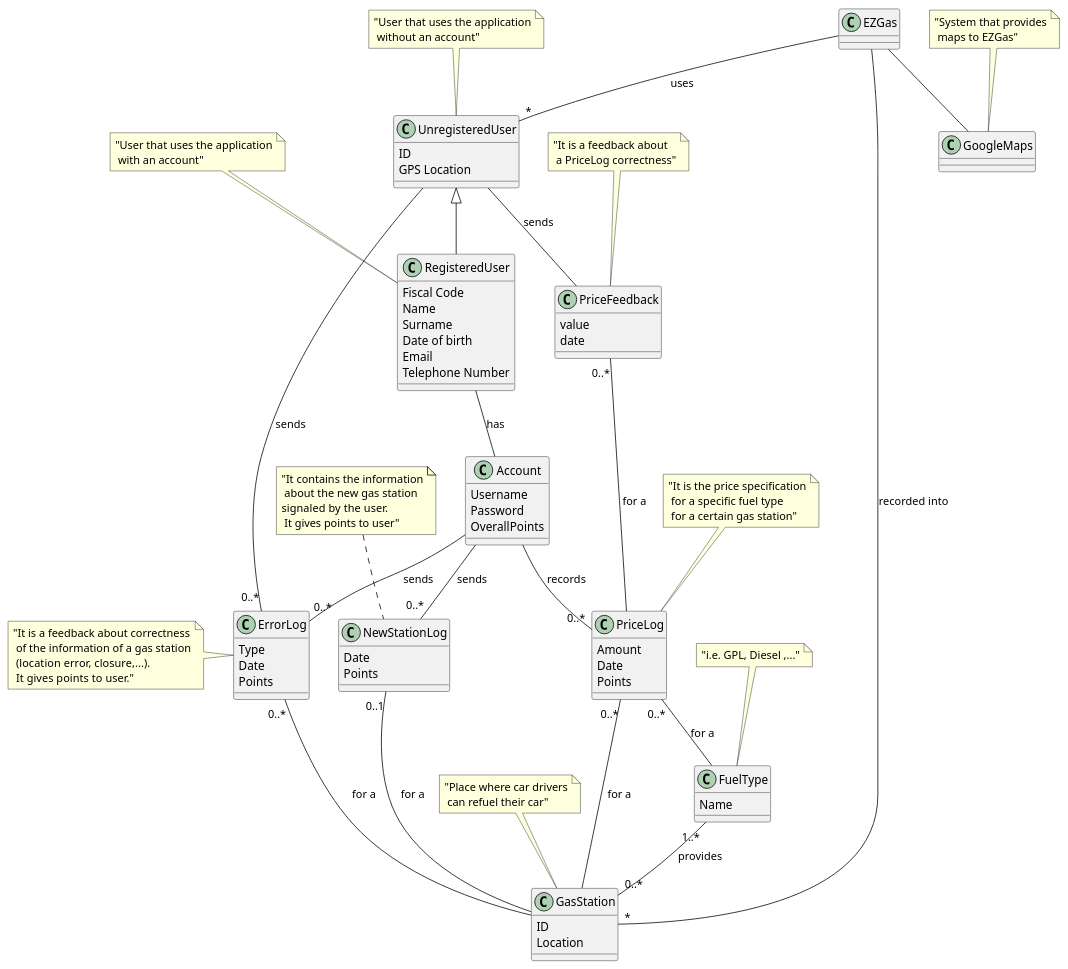
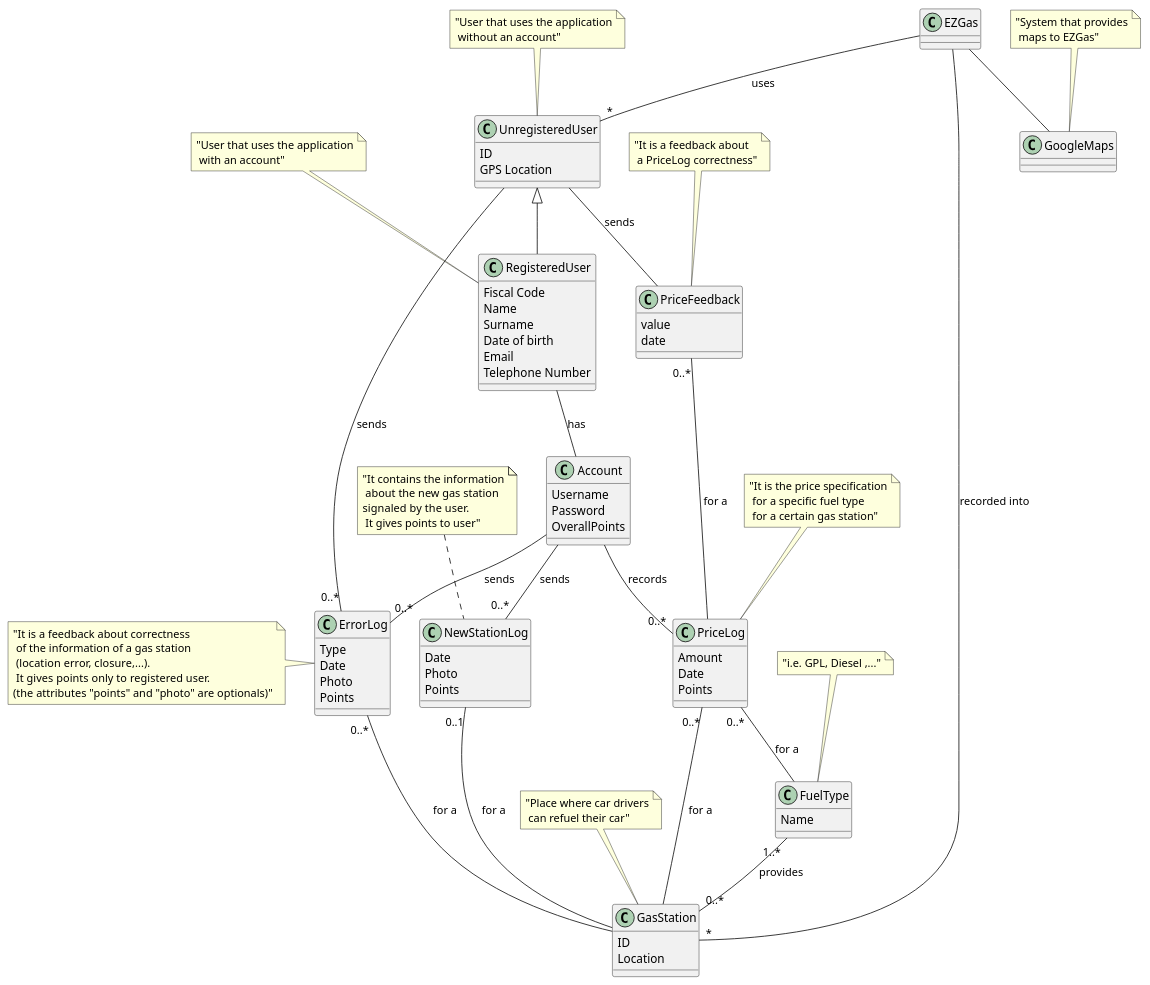
Before and after one commit to CangaRouter/ExGas: the third of 5 diagrams in docs/RequirementsDocument.md, drawn with PlantUML. The commit also changed other lines of this file, not shown here.

```diff
--- a/docs/RequirementsDocument.md
+++ b/docs/RequirementsDocument.md
@@ -535,12 +563,14 @@
 Class ErrorLog{
 Type
 Date
+Photo
 Points
 }
-note left of ErrorLog : "It is a feedback about correctness\n of the information of a gas station\n (location error, closure,...).\n It gives points to user."
+note left of ErrorLog : "It is a feedback about correctness\n of the information of a gas station\n (location error, closure,...).\n It gives points only to registered user.\n(the attributes "points" and "photo" are optionals)"
 
 Class NewStationLog{
 Date
+Photo
 Points
 }
 note top of NewStationLog : "It contains the information\n about the new gas station \nsignaled by the user.\n It gives points to user"
```
